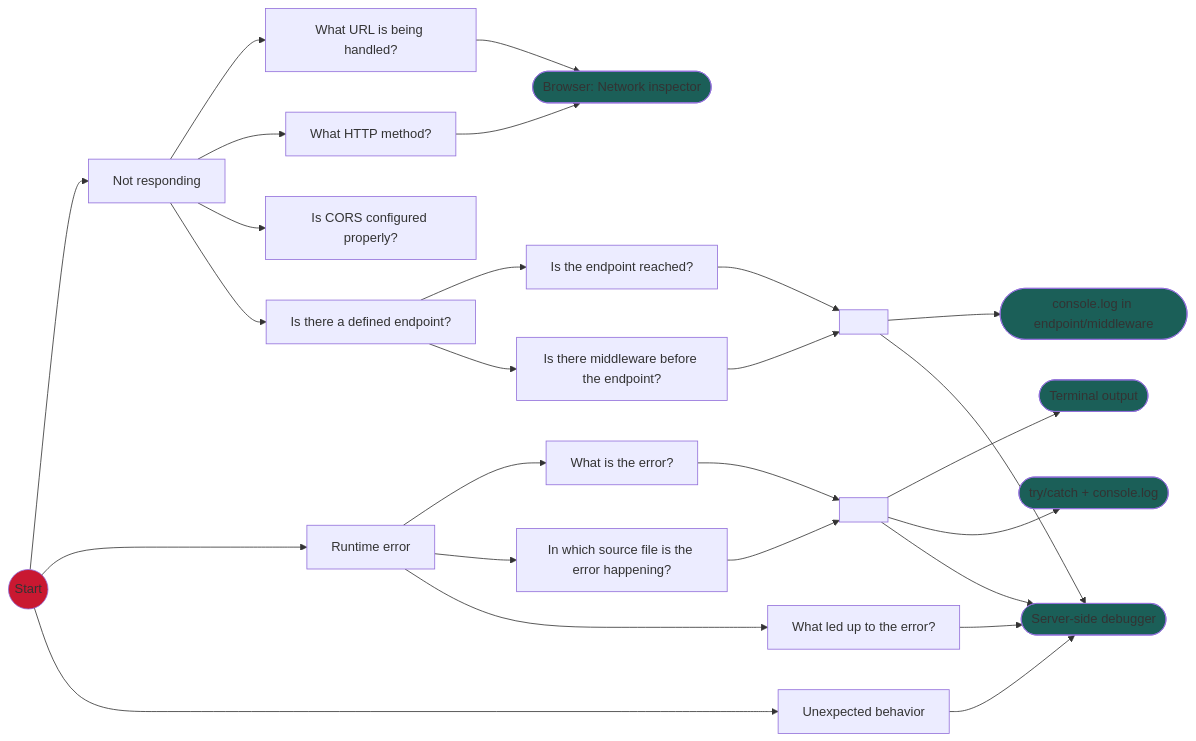
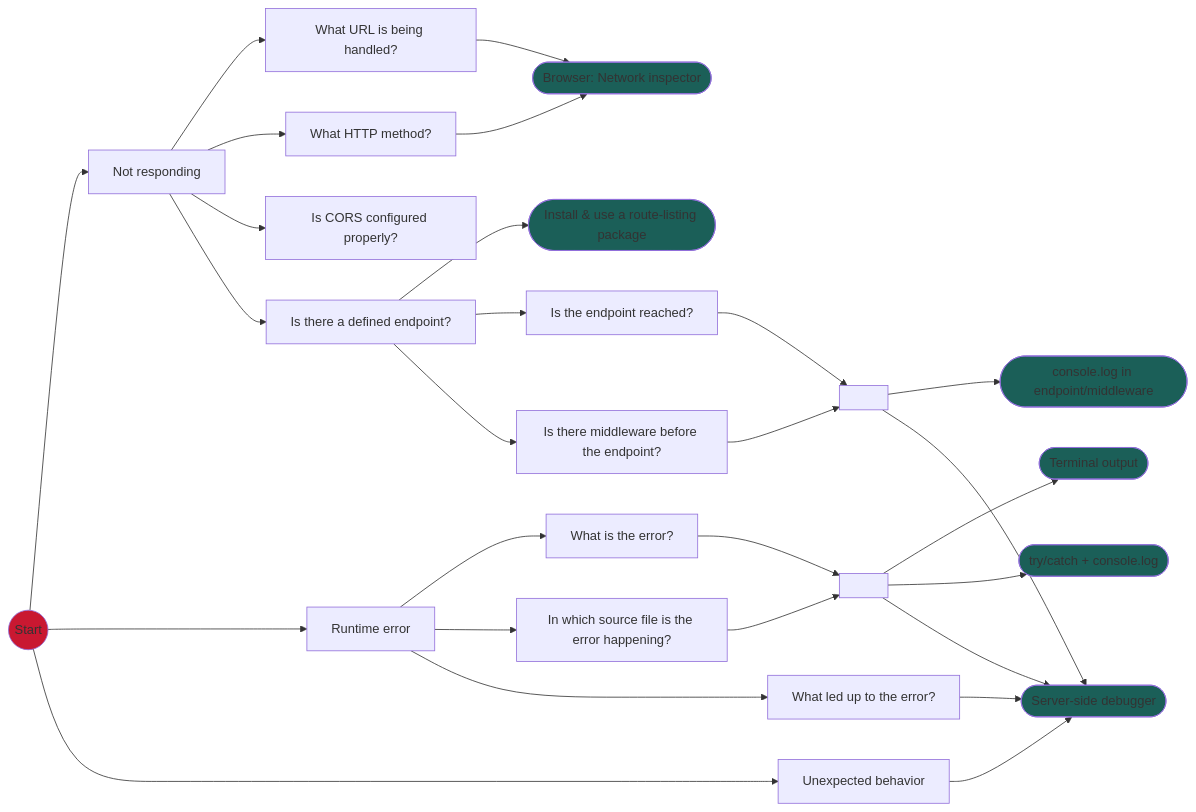
One commit to zspitz/debuggingProcess changed the fourth of 5 diagrams in README.md. Above: the diagram before and after it, drawn with Mermaid.

Commit message:
Route-listing package

````diff
--- a/README.md
+++ b/README.md
@@ -113,22 +113,25 @@
 ```mermaid
 graph LR
 Start((Start)) --> N085[Not responding] --> N086[What URL is being handled?] & N087[What HTTP method?] --> N088([Browser: Network inspector])
 
 N085 --> N089[Is CORS configured properly?]
 
-N085 --> N090[Is there a defined endpoint?] --> N091[Is the endpoint reached?] & N092[Is there middleware before the endpoint?] --> N093[ ] --> N094([console.log in endpoint/middleware]) & N095([Server-side debugger])
+N085 --> N090[Is there a defined endpoint?] -->  N105([Install & use a route-listing package])
+
+N090 --> N091[Is the endpoint reached?] & N092[Is there middleware before the endpoint?] --> N093[ ] --> N094([console.log in endpoint/middleware]) & N095([Server-side debugger])
 
 Start --> N096[Runtime error] --> N097[What is the error?] & N098[In which source file is the error happening?] --> N099[ ] --> N104([Terminal output]) & N100([try/catch + console.log]) & N095
 
 N096 --> N102[What led up to the error?] --> N095
 
 Start --> N103[Unexpected behavior] --> N095
 
 style Start fill:#c91831
 style N088 fill:#1b5f58
 style N094 fill:#1b5f58
 style N095 fill:#1b5f58
 style N104 fill:#1b5f58
 style N100 fill:#1b5f58
+style N105 fill:#1b5f58
 
 ```
````
